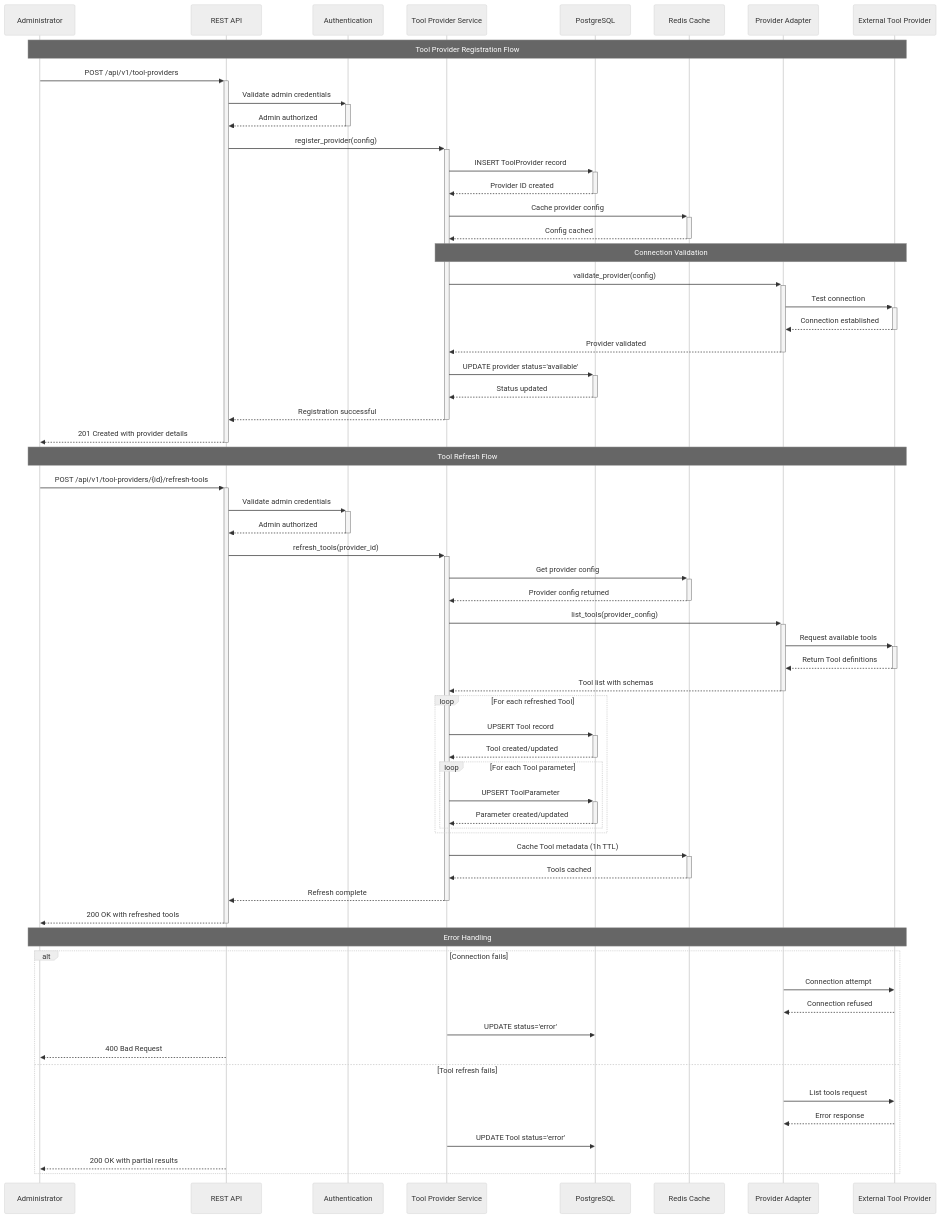
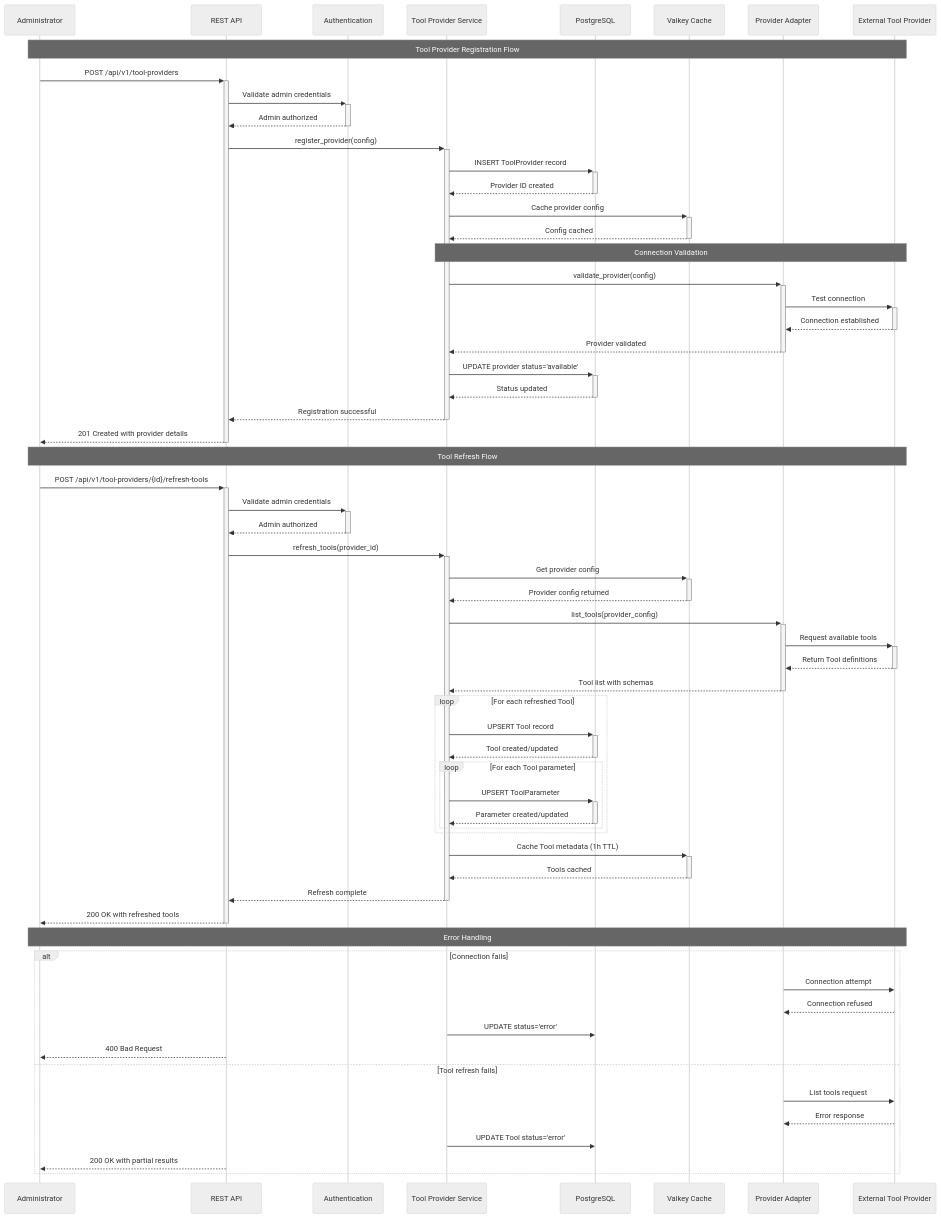
One commit to alinabuzachis/syntara changed the third of 4 diagrams in specs/004-tool-management/plan.md. Above: the diagram before and after it, drawn with Mermaid (neutral theme). The commit also changed other lines of this file and 11 other files, not shown here.

Commit message:
fix(specs): consolidate decision making around redis/valkey (#100)

````diff
--- a/specs/004-tool-management/plan.md
+++ b/specs/004-tool-management/plan.md
@@ -270,77 +270,77 @@
 ```mermaid
 sequenceDiagram
     participant Admin as Administrator
     participant API as REST API
     participant Auth as Authentication
     participant ProvSvc as Tool Provider Service
     participant DB as PostgreSQL
-    participant Cache as Redis Cache
+    participant Cache as Valkey Cache
     participant Adapter as Provider Adapter
     participant ExtProv as External Tool Provider
 
     Note over Admin, ExtProv: Tool Provider Registration Flow
 
     Admin->>+API: POST /api/v1/tool-providers
     API->>+Auth: Validate admin credentials
     Auth-->>-API: Admin authorized
 
     API->>+ProvSvc: register_provider(config)
     ProvSvc->>+DB: INSERT ToolProvider record
     DB-->>-ProvSvc: Provider ID created
     ProvSvc->>+Cache: Cache provider config
     Cache-->>-ProvSvc: Config cached
 
     Note over ProvSvc, ExtProv: Connection Validation
     ProvSvc->>+Adapter: validate_provider(config)
     Adapter->>+ExtProv: Test connection
     ExtProv-->>-Adapter: Connection established
     Adapter-->>-ProvSvc: Provider validated
 
     ProvSvc->>+DB: UPDATE provider status='available'
     DB-->>-ProvSvc: Status updated
     ProvSvc-->>-API: Registration successful
     API-->>-Admin: 201 Created with provider details
 
     Note over Admin, ExtProv: Tool Refresh Flow
 
     Admin->>+API: POST /api/v1/tool-providers/{id}/refresh-tools
     API->>+Auth: Validate admin credentials
     Auth-->>-API: Admin authorized
 
     API->>+ProvSvc: refresh_tools(provider_id)
     ProvSvc->>+Cache: Get provider config
     Cache-->>-ProvSvc: Provider config returned
 
     ProvSvc->>+Adapter: list_tools(provider_config)
     Adapter->>+ExtProv: Request available tools
     ExtProv-->>-Adapter: Return Tool definitions
     Adapter-->>-ProvSvc: Tool list with schemas
 
     loop For each refreshed Tool
         ProvSvc->>+DB: UPSERT Tool record
         DB-->>-ProvSvc: Tool created/updated
 
         loop For each Tool parameter
             ProvSvc->>+DB: UPSERT ToolParameter
             DB-->>-ProvSvc: Parameter created/updated
         end
     end
 
     ProvSvc->>+Cache: Cache Tool metadata (1h TTL)
     Cache-->>-ProvSvc: Tools cached
     ProvSvc-->>-API: Refresh complete
     API-->>-Admin: 200 OK with refreshed tools
 
     Note over Admin, ExtProv: Error Handling
     alt Connection fails
         Adapter->>ExtProv: Connection attempt
         ExtProv-->>Adapter: Connection refused
         ProvSvc->>DB: UPDATE status='error'
         API-->>Admin: 400 Bad Request
     else Tool refresh fails
         Adapter->>ExtProv: List tools request
         ExtProv-->>Adapter: Error response
         ProvSvc->>DB: UPDATE Tool status='error'
         API-->>Admin: 200 OK with partial results
     end
 ```
````
